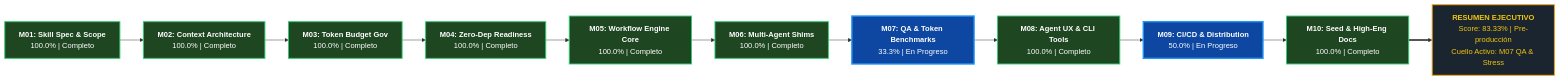
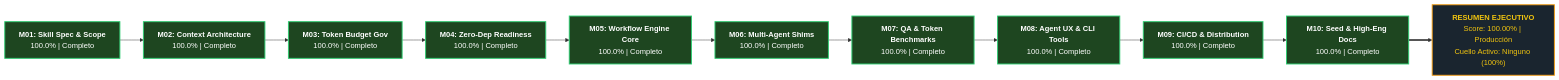
One commit to AlvaroAlejandroFinOps/iDirectory changed the diagram in artifacts/plans/metricsthinking/MetricsThinking.md. Above: the diagram before and after it, drawn with Mermaid. The commit also changed other lines of this file and 17 other files, not shown here.

````diff
--- a/artifacts/plans/metricsthinking/MetricsThinking.md
+++ b/artifacts/plans/metricsthinking/MetricsThinking.md
@@ -49,26 +50,24 @@
 ```mermaid
 flowchart LR
     M01["<b>M01: Skill Spec & Scope</b><br/>100.0% | Completo"]
     M02["<b>M02: Context Architecture</b><br/>100.0% | Completo"]
     M03["<b>M03: Token Budget Gov</b><br/>100.0% | Completo"]
     M04["<b>M04: Zero-Dep Readiness</b><br/>100.0% | Completo"]
     M05["<b>M05: Workflow Engine Core</b><br/>100.0% | Completo"]
     M06["<b>M06: Multi-Agent Shims</b><br/>100.0% | Completo"]
-    M07["<b>M07: QA & Token Benchmarks</b><br/>33.3% | En Progreso"]
+    M07["<b>M07: QA & Token Benchmarks</b><br/>100.0% | Completo"]
     M08["<b>M08: Agent UX & CLI Tools</b><br/>100.0% | Completo"]
-    M09["<b>M09: CI/CD & Distribution</b><br/>50.0% | En Progreso"]
+    M09["<b>M09: CI/CD & Distribution</b><br/>100.0% | Completo"]
     M10["<b>M10: Seed & High-Eng Docs</b><br/>100.0% | Completo"]
 
-    SUMMARY["<b>RESUMEN EJECUTIVO</b><br/>Score: 83.33% | Pre-producción<br/>Cuello Activo: M07 QA & Stress"]
+    SUMMARY["<b>RESUMEN EJECUTIVO</b><br/>Score: 100.00% | Producción<br/>Cuello Activo: Ninguno (100%)"]
 
     M01 --> M02 --> M03 --> M04 --> M05 --> M06 --> M07 --> M08 --> M09 --> M10 ==> SUMMARY
 
     classDef done fill:#1E4620,stroke:#2ECC71,stroke-width:2px,color:#FFFFFF;
     classDef active fill:#0D47A1,stroke:#2196F3,stroke-width:3px,color:#FFFFFF;
-    classDef backlog fill:#2C3E50,stroke:#7F8C8D,stroke-width:1px,stroke-dasharray: 4 4,color:#BDC3C7;
     classDef summary fill:#1A252F,stroke:#F39C12,stroke-width:2px,color:#F1C40F;
 
-    class M01,M02,M03,M04,M05,M06,M08,M10 done;
-    class M07,M09 active;
+    class M01,M02,M03,M04,M05,M06,M07,M08,M09,M10 done;
     class SUMMARY summary;
 ```
````
